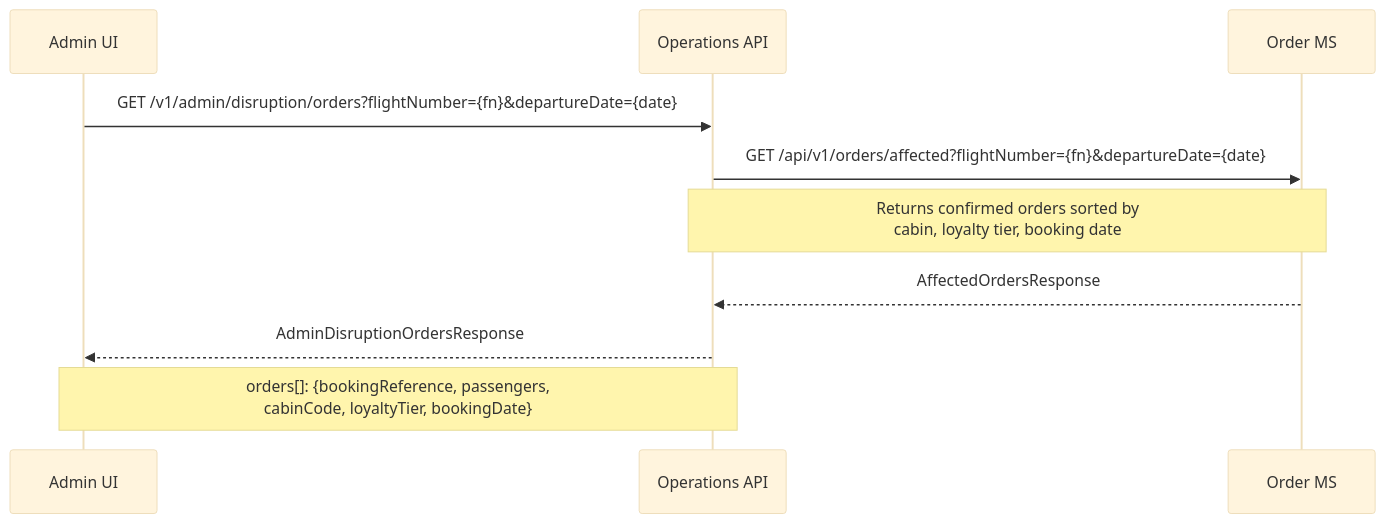
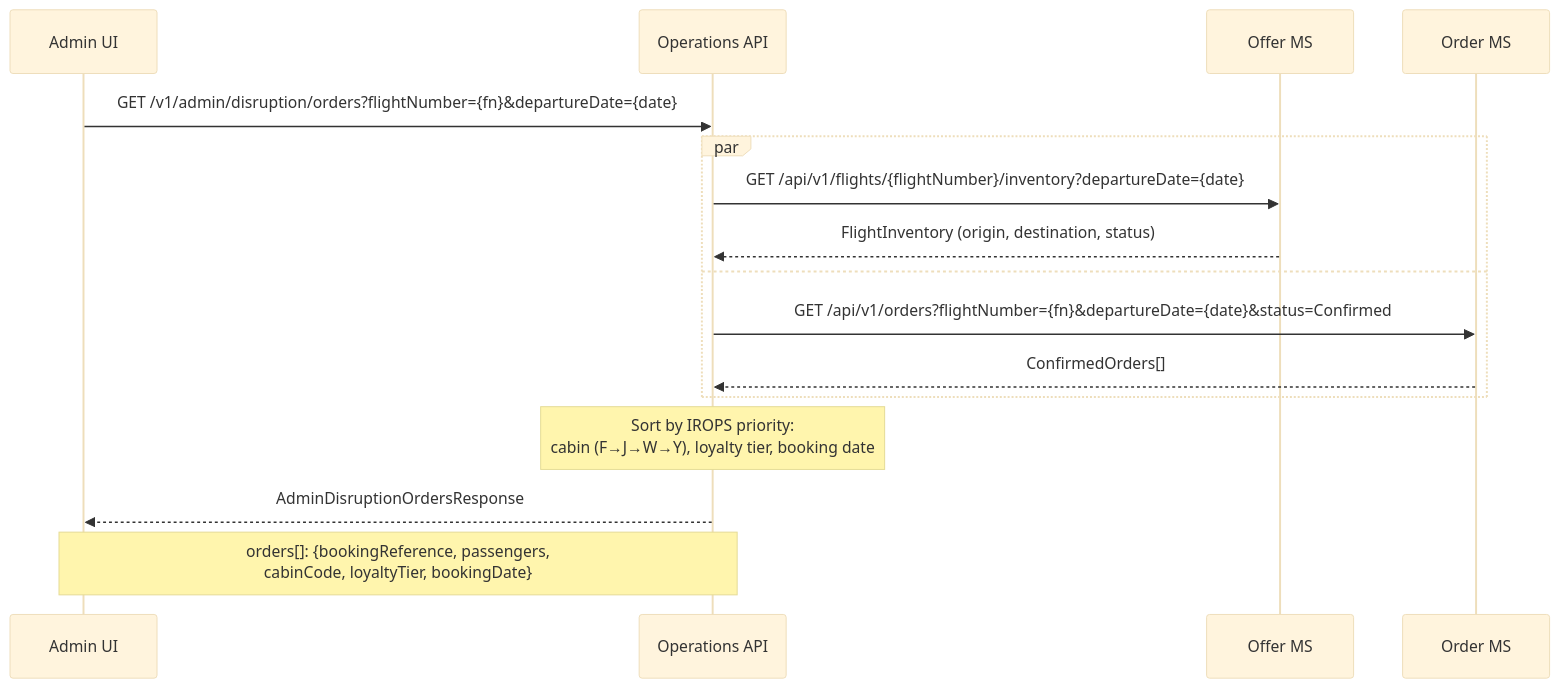
One commit to sebharvey/airline-reservation-system changed the second of 7 diagrams in documentation/sequences/disruption.md. Above: the diagram before and after it, drawn with Mermaid (base theme). The commit also changed other lines of this file and 11 other files, not shown here.

````diff
--- a/documentation/sequences/disruption.md
+++ b/documentation/sequences/disruption.md
@@ -77,13 +84,22 @@
 ```mermaid
 sequenceDiagram
     participant Terminal as Admin UI
     participant OpsAPI as Operations API
+    participant OfferMS as Offer MS
     participant OrderMS as Order MS
 
     Terminal->>OpsAPI: GET /v1/admin/disruption/orders?flightNumber={fn}&departureDate={date}
-    OpsAPI->>OrderMS: GET /api/v1/orders/affected?flightNumber={fn}&departureDate={date}
-    Note over OpsAPI,OrderMS: Returns confirmed orders sorted by<br/>cabin, loyalty tier, booking date
-    OrderMS-->>OpsAPI: AffectedOrdersResponse
+
+    par
+        OpsAPI->>OfferMS: GET /api/v1/flights/{flightNumber}/inventory?departureDate={date}
+        OfferMS-->>OpsAPI: FlightInventory (origin, destination, status)
+    and
+        OpsAPI->>OrderMS: GET /api/v1/orders?flightNumber={fn}&departureDate={date}&status=Confirmed
+        OrderMS-->>OpsAPI: ConfirmedOrders[]
+    end
+
+    Note over OpsAPI: Sort by IROPS priority:<br/>cabin (F→J→W→Y), loyalty tier, booking date
+
     OpsAPI-->>Terminal: AdminDisruptionOrdersResponse
     Note over OpsAPI,Terminal: orders[]: {bookingReference, passengers,<br/>cabinCode, loyaltyTier, bookingDate}
 ```
````
